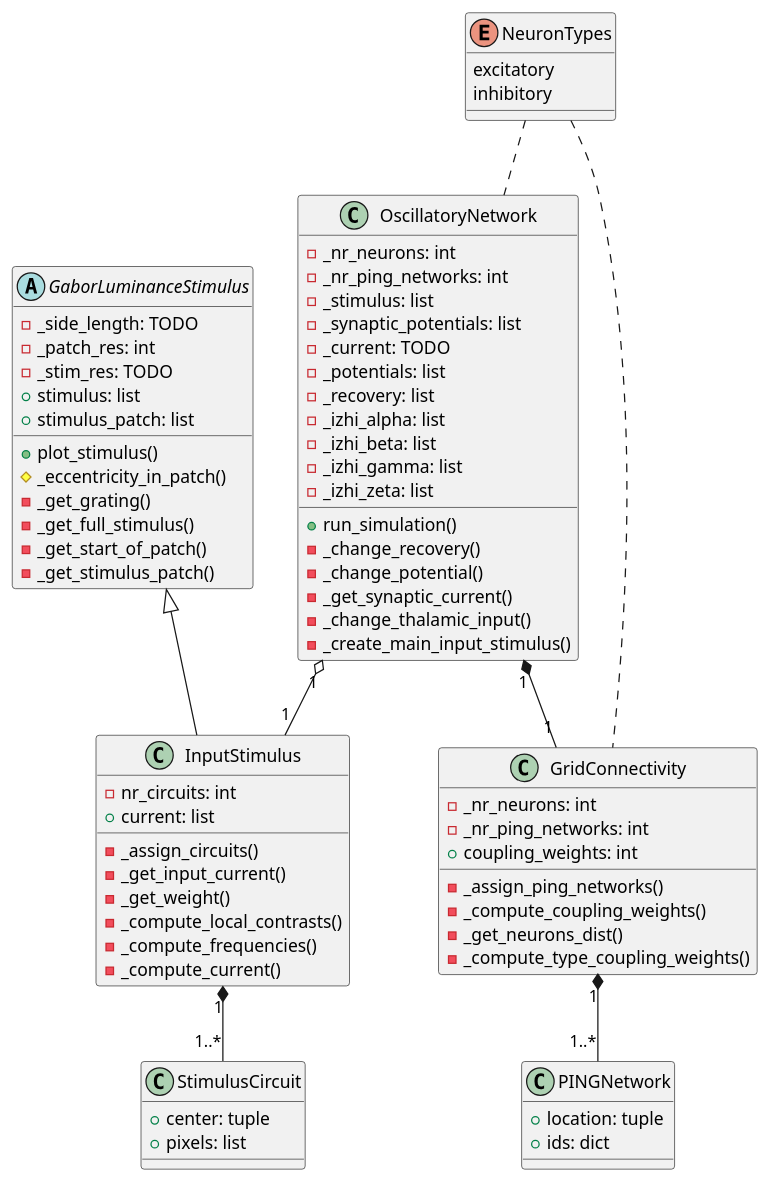
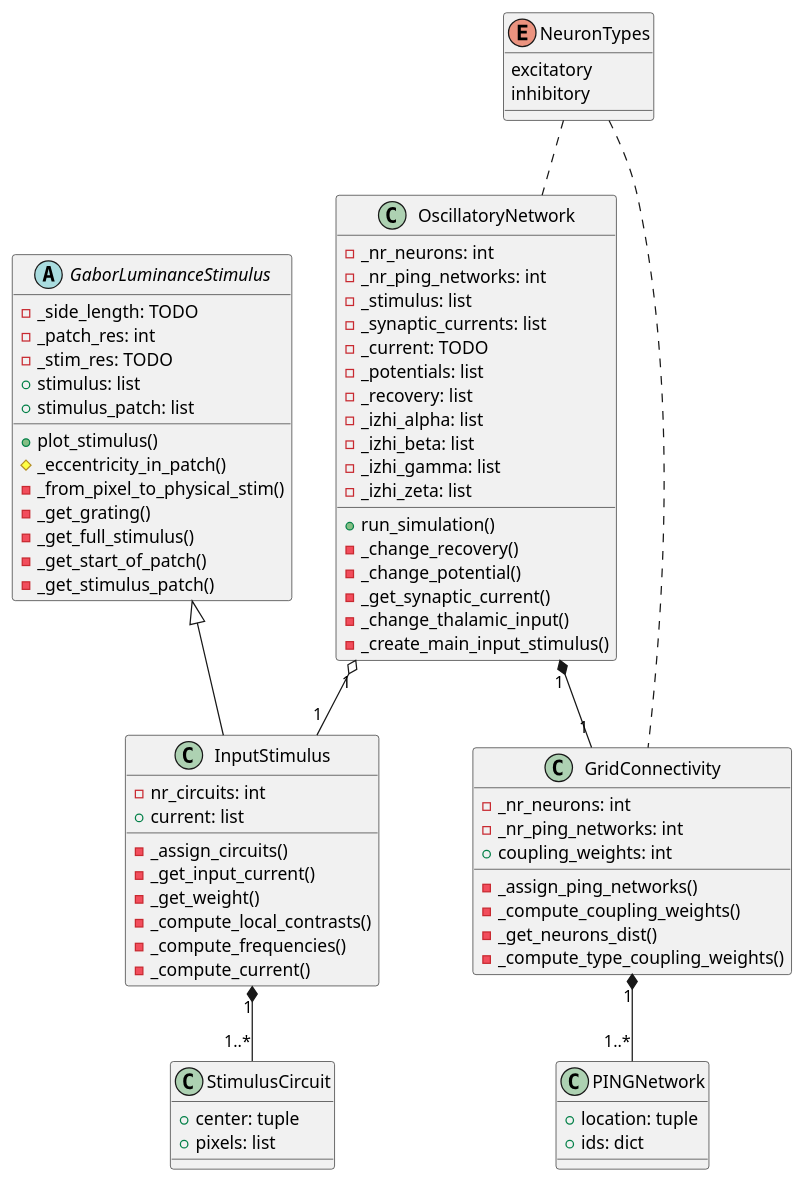
Before and after one commit to thatmariia/grid-ping: the diagram in docs/source/class-diagram.rst, drawn with PlantUML. The commit also changed 76 other files, not shown here.

```diff
--- a/docs/source/class-diagram.rst
+++ b/docs/source/class-diagram.rst
@@ -36,6 +36,7 @@
 
       +plot_stimulus()
       #_eccentricity_in_patch()
+      -_from_pixel_to_physical_stim()
       -_get_grating()
       -_get_full_stimulus()
       -_get_start_of_patch()
@@ -46,7 +47,7 @@
       -_nr_neurons: int
       -_nr_ping_networks: int
       -_stimulus: list
-      -_synaptic_potentials: list
+      -_synaptic_currents: list
       -_current: TODO
       -_potentials: list
       -_recovery: list
```
